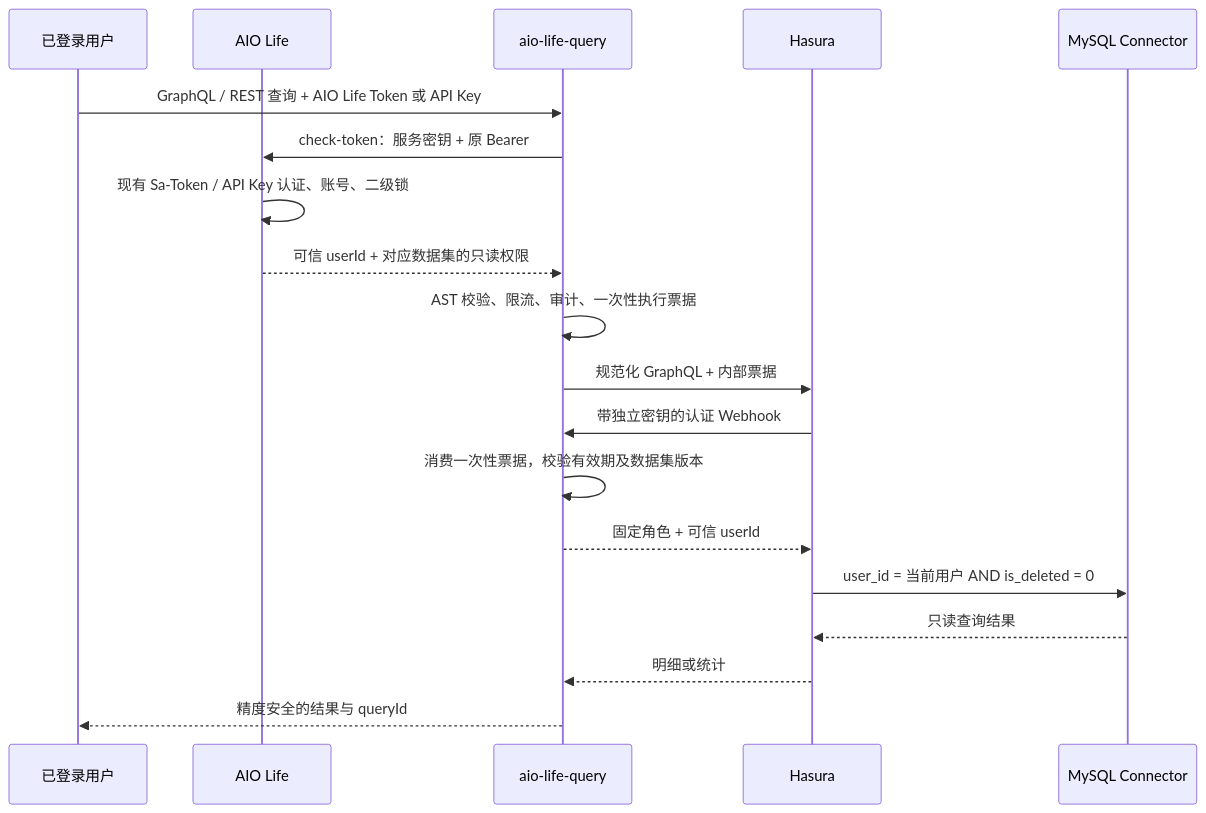
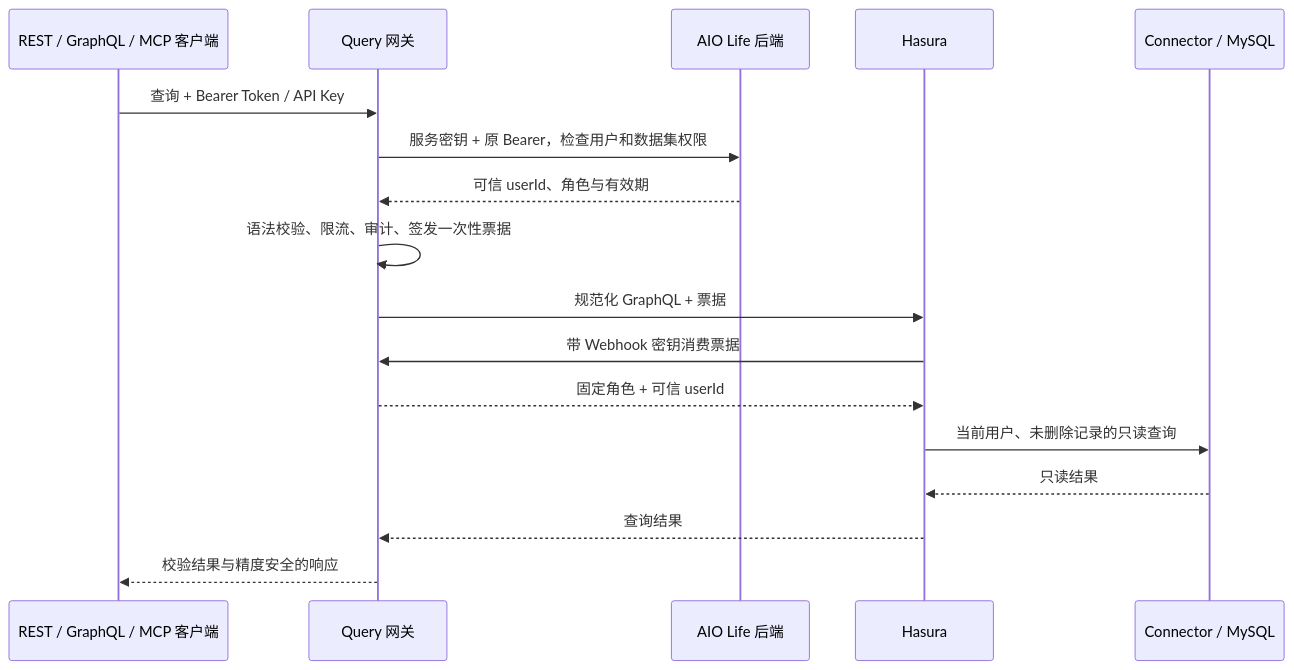
One commit to lys1313013/aio-life-query changed the diagram in README.md. Above: the diagram before and after it, drawn with Mermaid. The commit also changed other lines of this file, not shown here.

````diff
--- a/README.md
+++ b/README.md
@@ -20,21 +74,19 @@
 ```mermaid
 sequenceDiagram
-    participant U as 已登录用户
-    participant L as AIO Life
-    participant Q as aio-life-query
+    participant C as REST / GraphQL / MCP 客户端
+    participant Q as Query 网关
+    participant A as AIO Life 后端
     participant H as Hasura
-    participant D as MySQL Connector
-    U->>Q: GraphQL / REST 查询 + AIO Life Token 或 API Key
-    Q->>L: check-token：服务密钥 + 原 Bearer
-    L->>L: 现有 Sa-Token / API Key 认证、账号、二级锁
-    L-->>Q: 可信 userId + 对应数据集的只读权限
-    Q->>Q: AST 校验、限流、审计、一次性执行票据
-    Q->>H: 规范化 GraphQL + 内部票据
-    H->>Q: 带独立密钥的认证 Webhook
-    Q->>Q: 消费一次性票据，校验有效期及数据集版本
+    participant D as Connector / MySQL
+    C->>Q: 查询 + Bearer Token / API Key
+    Q->>A: 服务密钥 + 原 Bearer，检查用户和数据集权限
+    A-->>Q: 可信 userId、角色与有效期
+    Q->>Q: 语法校验、限流、审计、签发一次性票据
+    Q->>H: 规范化 GraphQL + 票据
+    H->>Q: 带 Webhook 密钥消费票据
     Q-->>H: 固定角色 + 可信 userId
-    H->>D: user_id = 当前用户 AND is_deleted = 0
-    D-->>H: 只读查询结果
-    H-->>Q: 明细或统计
-    Q-->>U: 精度安全的结果与 queryId
+    H->>D: 当前用户、未删除记录的只读查询
+    D-->>H: 只读结果
+    H-->>Q: 查询结果
+    Q-->>C: 校验结果与精度安全的响应
 ```
````
